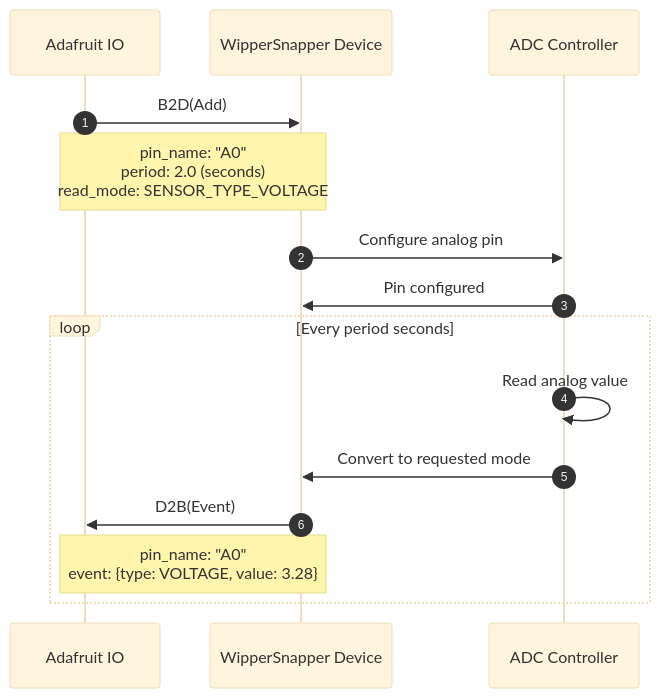
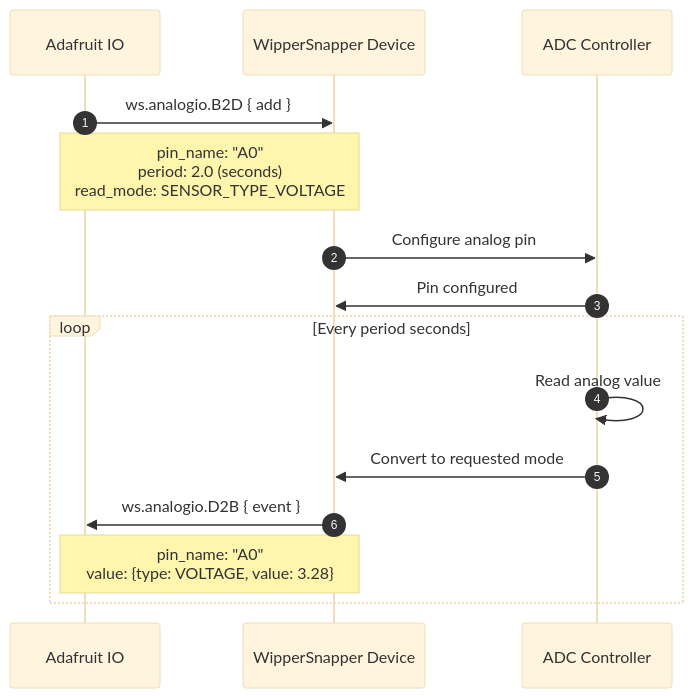
Before and after one commit to adafruit/Wippersnapper_Protobuf: the first of 2 diagrams in proto/wippersnapper/docs/analogio.md, drawn with Mermaid (base theme). The commit also changed other lines of this file and 10 other files, not shown here.

````diff
--- a/proto/wippersnapper/docs/analogio.md
+++ b/proto/wippersnapper/docs/analogio.md
@@ -37,20 +37,20 @@
 ```mermaid
 sequenceDiagram
 autonumber
 participant IO as Adafruit IO
 participant Device as WipperSnapper Device
 participant ADC as ADC Controller
 
-IO->>Device: B2D(Add)
+IO->>Device: ws.analogio.B2D { add }
 Note over IO,Device: pin_name: "A0"<br/>period: 2.0 (seconds)<br/>read_mode: SENSOR_TYPE_VOLTAGE
 
 Device->>ADC: Configure analog pin
 ADC->>Device: Pin configured
 
 loop Every period seconds
     ADC->>ADC: Read analog value
     ADC->>Device: Convert to requested mode
-    Device->>IO: D2B(Event)
-    Note over Device,IO: pin_name: "A0"<br/>event: {type: VOLTAGE, value: 3.28}
+    Device->>IO: ws.analogio.D2B { event }
+    Note over Device,IO: pin_name: "A0"<br/>value: {type: VOLTAGE, value: 3.28}
 end
 ```
````
